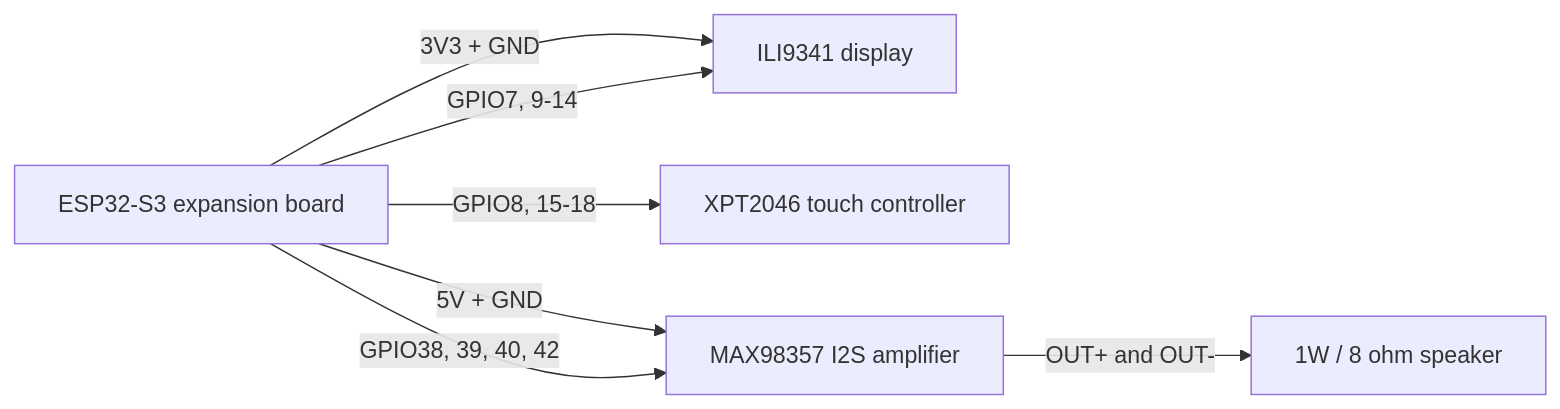
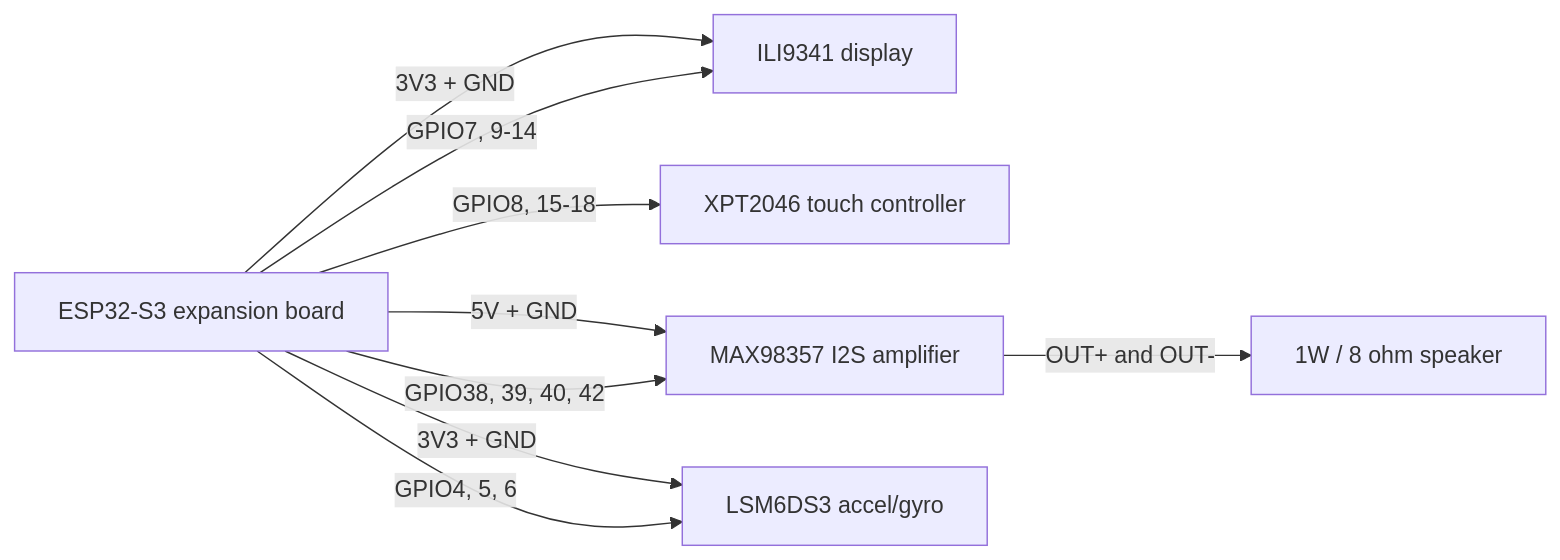
One commit to dachan/workspace-esp32 changed the diagram in WIRING.md. Above: the diagram before and after it, drawn with Mermaid. The commit also changed other lines of this file and 4 other files, not shown here.

````diff
--- a/WIRING.md
+++ b/WIRING.md
@@ -11,15 +11,18 @@
 ```mermaid
 flowchart LR
     ESP["ESP32-S3 expansion board"]
     TFT["ILI9341 display"]
     TOUCH["XPT2046 touch controller"]
     AMP["MAX98357 I2S amplifier"]
     SPEAKER["1W / 8 ohm speaker"]
+    IMU["LSM6DS3 accel/gyro"]
 
     ESP -- "3V3 + GND" --> TFT
     ESP -- "GPIO7, 9-14" --> TFT
     ESP -- "GPIO8, 15-18" --> TOUCH
     ESP -- "5V + GND" --> AMP
     ESP -- "GPIO38, 39, 40, 42" --> AMP
     AMP -- "OUT+ and OUT-" --> SPEAKER
+    ESP -- "3V3 + GND" --> IMU
+    ESP -- "GPIO4, 5, 6" --> IMU
 ```
````
